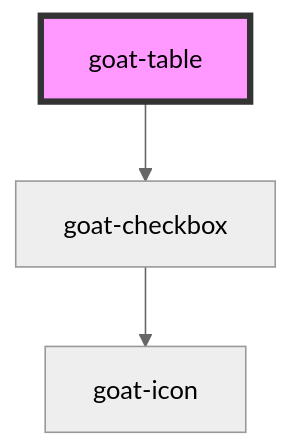
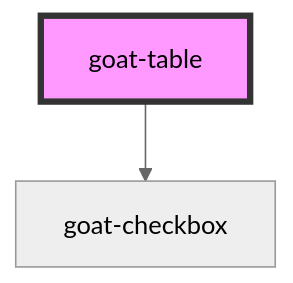
One commit to goatui/components changed the diagram in src/components/other/table/readme.md. Above: the diagram before and after it, drawn with Mermaid (neutral theme). The commit also changed other lines of this file and 15 other files, not shown here.

````diff
--- a/src/components/other/table/readme.md
+++ b/src/components/other/table/readme.md
@@ -34,6 +34,5 @@
 ```mermaid
 graph TD;
   goat-table --> goat-checkbox
-  goat-checkbox --> goat-icon
   style goat-table fill:#f9f,stroke:#333,stroke-width:4px
 ```
````
